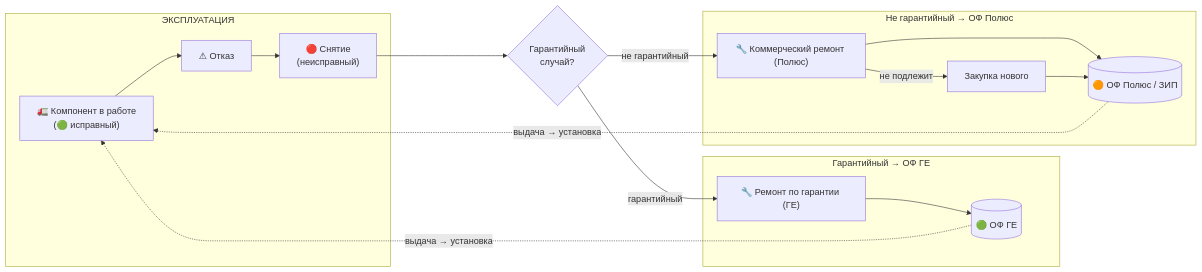
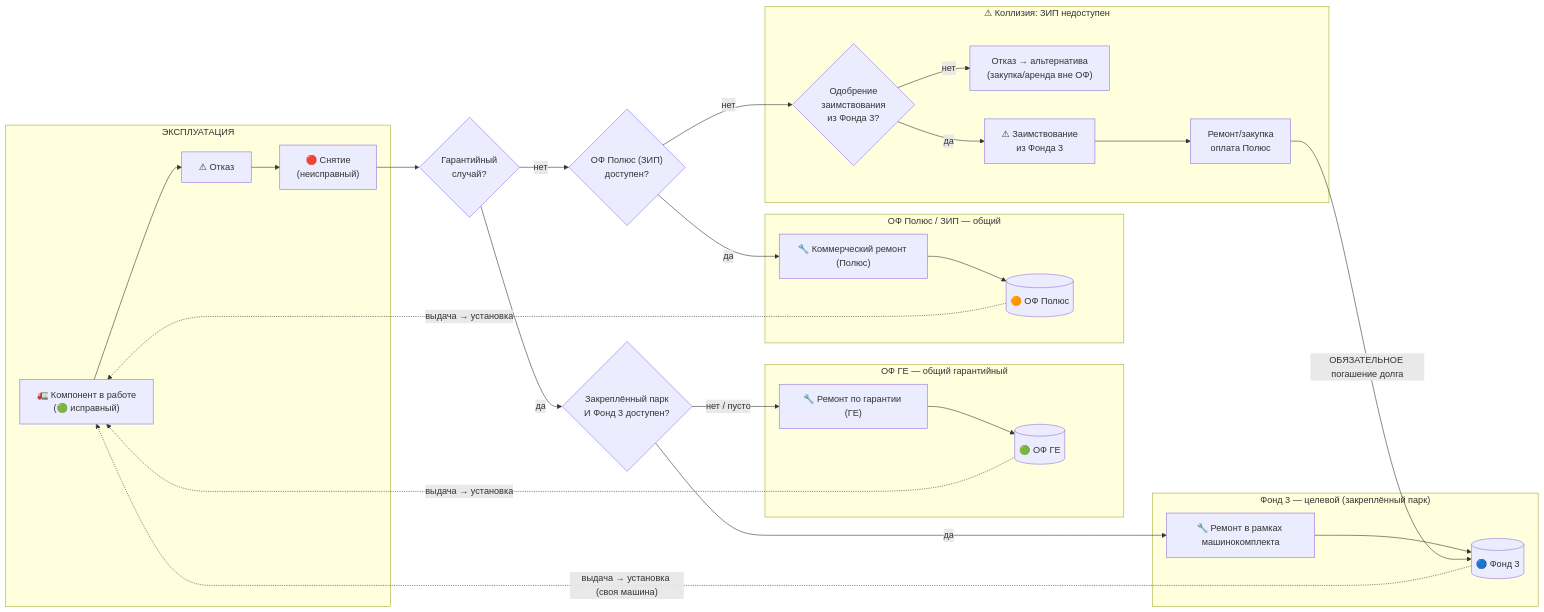
The diagram in Оборот компонентов — методика.md (victorekuznetsov/NTE-Waranty), drawn with Mermaid before and after one commit. The commit also changed other lines of this file and 2 other files, not shown here.

First line of the commit message:
Добавлен третий оборотный фонд (Фонд 3) и решение коллизии заимствования

````diff
--- a/Оборот компонентов — методика.md
+++ b/Оборот компонентов — методика.md
@@ -61,20 +89,34 @@
 ```mermaid
 flowchart LR
   subgraph EXP["ЭКСПЛУАТАЦИЯ"]
     M["🚛 Компонент в работе<br/>(🟢 исправный)"] --> F["⚠ Отказ"] --> R["🔴 Снятие<br/>(неисправный)"]
   end
-  R --> G{"Гарантийный<br/>случай?"}
+  R --> G1{"Гарантийный<br/>случай?"}
+  G1 -->|да| G2{"Закреплённый парк<br/>И Фонд 3 доступен?"}
+  G1 -->|нет| G3{"ОФ Полюс (ЗИП)<br/>доступен?"}
 
-  subgraph GE["Гарантийный → ОФ ГЕ"]
+  subgraph F3["Фонд 3 — целевой (закреплённый парк)"]
+    RF3["🔧 Ремонт в рамках машинокомплекта"] --> OF3[("🔵 Фонд 3")]
+  end
+  subgraph GE["ОФ ГЕ — общий гарантийный"]
     RGE["🔧 Ремонт по гарантии (ГЕ)"] --> OGE[("🟢 ОФ ГЕ")]
   end
-  subgraph OWN["Не гарантийный → ОФ Полюс"]
-    ROW["🔧 Коммерческий ремонт (Полюс)"] --> OOW[("🟠 ОФ Полюс / ЗИП")]
-    ROW -->|не подлежит| BUY["Закупка нового"] --> OOW
+  subgraph OWN["ОФ Полюс / ЗИП — общий"]
+    ROW["🔧 Коммерческий ремонт (Полюс)"] --> OOW[("🟠 ОФ Полюс")]
+  end
+  subgraph COLL["⚠ Коллизия: ЗИП недоступен"]
+    G4{"Одобрение<br/>заимствования<br/>из Фонда 3?"}
+    G4 -->|нет| DENY["Отказ → альтернатива<br/>(закупка/аренда вне ОФ)"]
+    G4 -->|да| BORROW["⚠ Заимствование<br/>из Фонда 3"] --> REPC["Ремонт/закупка<br/>оплата Полюс"]
   end
 
-  G -->|гарантийный| RGE
-  G -->|не гарантийный| ROW
+  G2 -->|да| RF3
+  G2 -->|нет / пусто| RGE
+  G3 -->|да| ROW
+  G3 -->|нет| G4
+  REPC -->|"ОБЯЗАТЕЛЬНОЕ погашение долга"| OF3
+
+  OF3 -. выдача → установка (своя машина) .-> M
   OGE -. выдача → установка .-> M
   OOW -. выдача → установка .-> M
 ```
````
